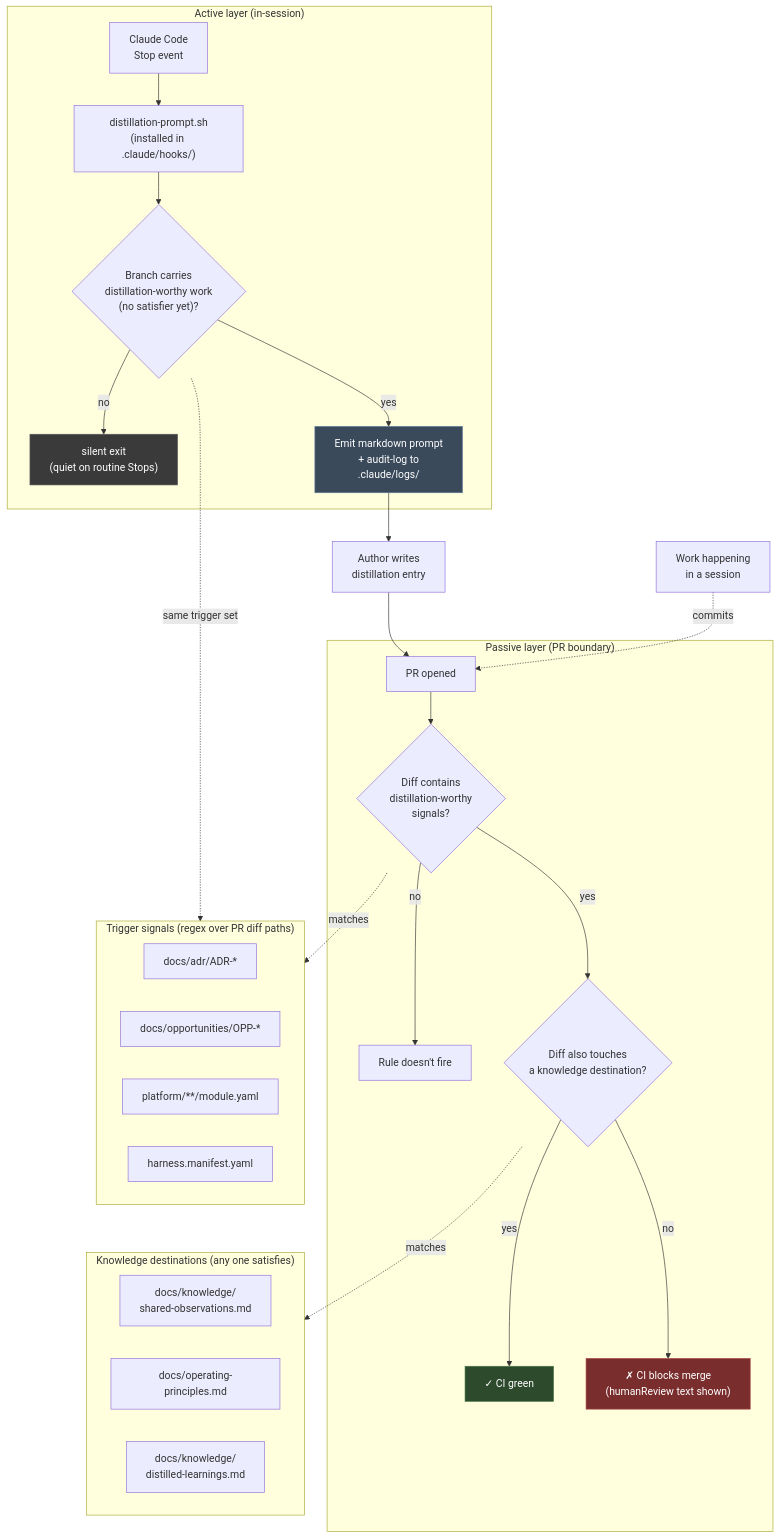
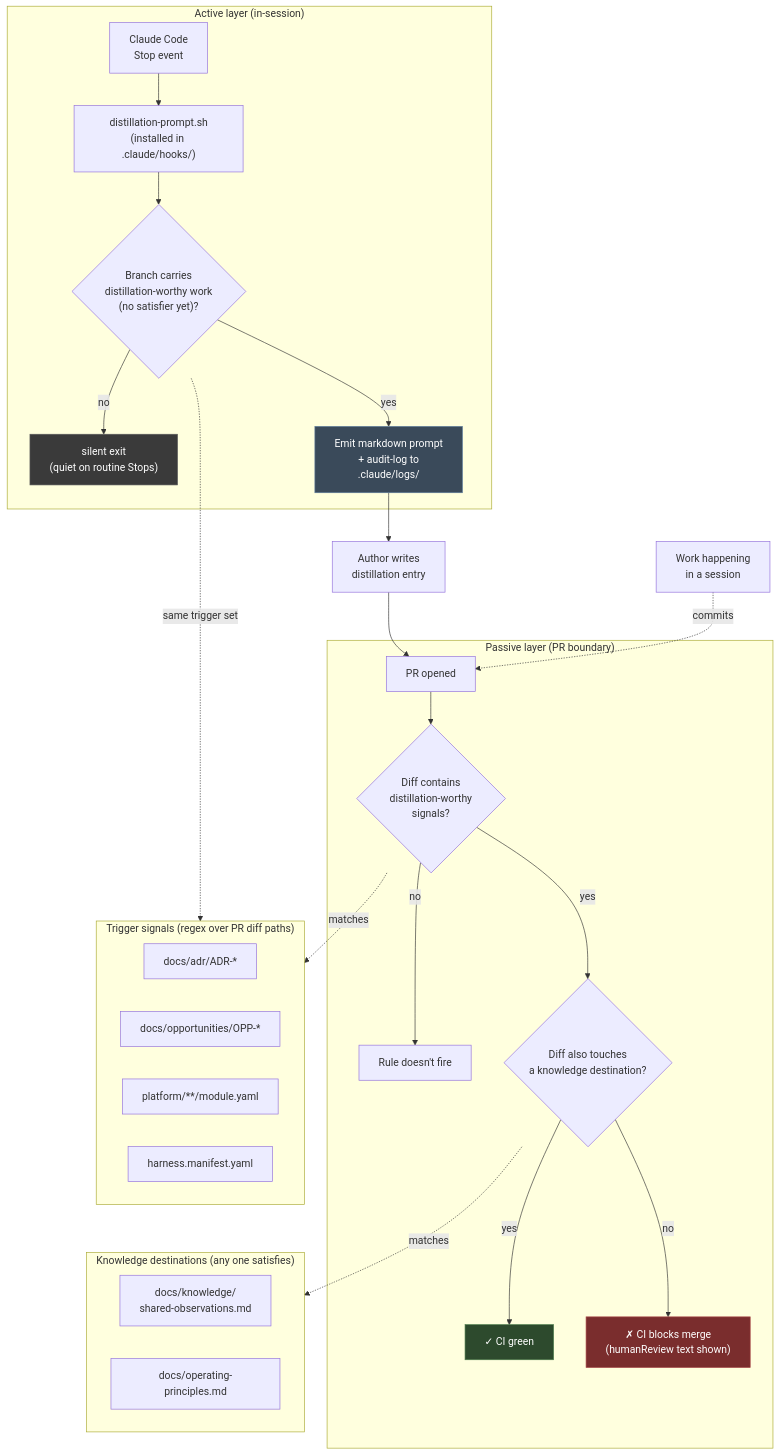
Before and after one commit to unclenate/auto-harness: the fifth of 11 diagrams in docs/architecture/diagrams.md, drawn with Mermaid. The commit also changed other lines of this file and 21 other files, not shown here.

First line of the commit message:
feat: PRD-0011 implementation — sunset distilled-learnings.md, consolidate in operating-principles

````diff
--- a/docs/architecture/diagrams.md
+++ b/docs/architecture/diagrams.md
@@ -266,48 +271,47 @@
 ```mermaid
 flowchart TD
     Work["Work happening<br/>in a session"]
 
     subgraph ACTIVE["Active layer (in-session)"]
         Stop["Claude Code<br/>Stop event"]
         Hook["distillation-prompt.sh<br/>(installed in .claude/hooks/)"]
         Stop --> Hook
         Hook --> HookCheck{"Branch carries<br/>distillation-worthy work<br/>(no satisfier yet)?"}
         HookCheck -->|"no"| HookSilent["silent exit<br/>(quiet on routine Stops)"]
         HookCheck -->|"yes"| Prompt["Emit markdown prompt<br/>+ audit-log to<br/>.claude/logs/"]
     end
 
     Prompt --> Author["Author writes<br/>distillation entry"]
     Author --> PR
 
     Work -.commits.-> PR["PR opened"]
 
     subgraph PASSIVE["Passive layer (PR boundary)"]
         PR --> RuleFire{"Diff contains<br/>distillation-worthy<br/>signals?"}
         RuleFire -->|"no"| RuleSkip["Rule doesn't fire"]
         RuleFire -->|"yes"| SatisfierCheck{"Diff also touches<br/>a knowledge destination?"}
         SatisfierCheck -->|"yes"| Pass["✓ CI green"]
         SatisfierCheck -->|"no"| Fail["✗ CI blocks merge<br/>(humanReview text shown)"]
     end
 
     subgraph TRIGGERS["Trigger signals (regex over PR diff paths)"]
         T1["docs/adr/ADR-*"]
         T2["docs/opportunities/OPP-*"]
         T3["platform/**/module.yaml"]
         T4["harness.manifest.yaml"]
     end
 
     subgraph SATISFIERS["Knowledge destinations (any one satisfies)"]
         S1["docs/knowledge/<br/>shared-observations.md"]
         S2["docs/operating-principles.md"]
-        S3["docs/knowledge/<br/>distilled-learnings.md"]
     end
 
     RuleFire -.matches.-> TRIGGERS
     SatisfierCheck -.matches.-> SATISFIERS
     HookCheck -.same trigger set.-> TRIGGERS
 
     style Pass fill:#2d4a2d,stroke:#4a7a4a,color:#fff
     style Fail fill:#7a2d2d,stroke:#aa4a4a,color:#fff
     style HookSilent fill:#3a3a3a,stroke:#5a5a5a,color:#fff
     style Prompt fill:#3a4a5a,stroke:#5a7a9a,color:#fff
 ```
````
